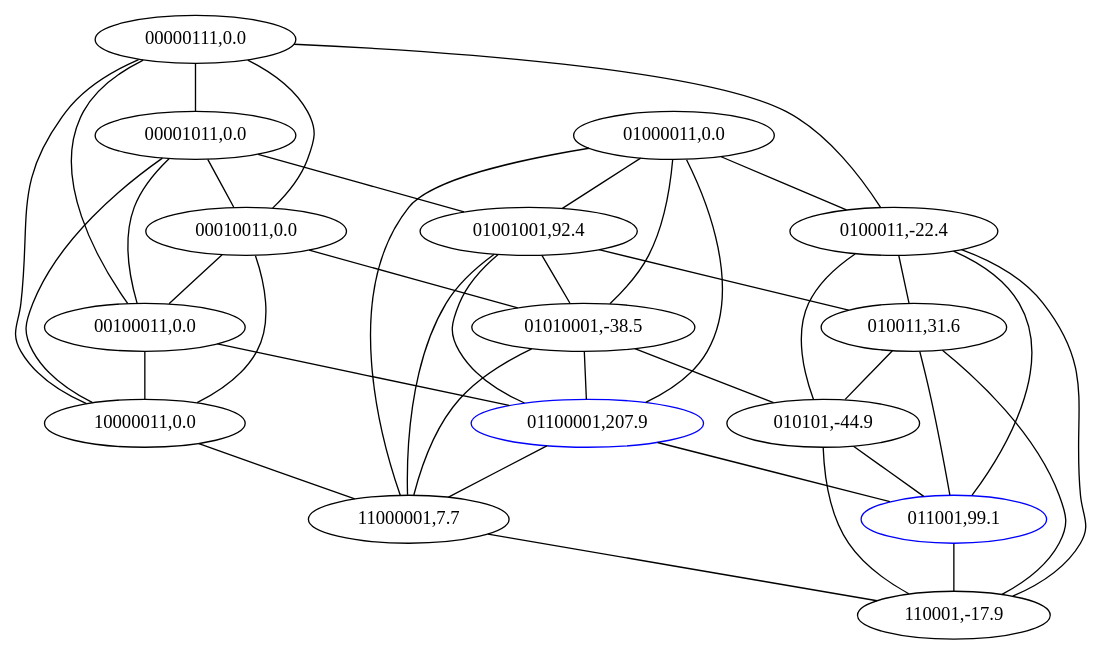
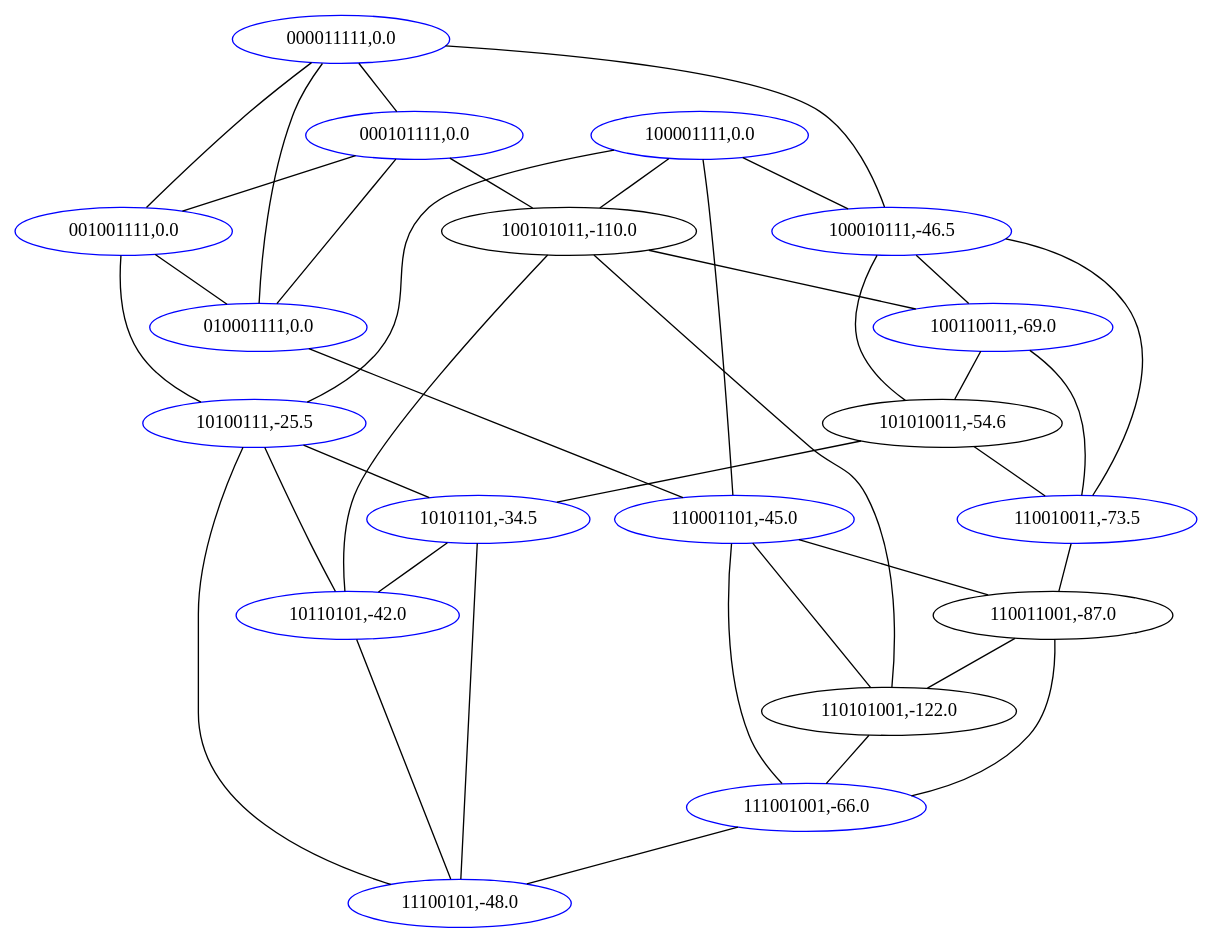
Before and after one commit to Markopolo141/The_Generalized_N-K_Value: the diagram in experiment3/111.dot, drawn with Graphviz. The commit also changed other lines of this file and 9 other files, not shown here.

```diff
--- a/experiment3/111.dot
+++ b/experiment3/111.dot
@@ -1,57 +1,58 @@
 graph graphname {
-	110001 [label="110001,-17.9",];
-	011001 [label="011001,99.1",color=blue];
-	010101 [label="010101,-44.9",];
-	010011 [label="010011,31.6",];
-	0100011 [label="0100011,-22.4",];
-	11000001 [label="11000001,7.7",];
-	01100001 [label="01100001,207.9",color=blue];
-	01010001 [label="01010001,-38.5",];
-	01001001 [label="01001001,92.4",];
-	11000001 -- 110001;
-	01000011 [label="01000011,0.0",];
-	10000011 [label="10000011,0.0",];
-	10000011 -- 11000001;
-	00100011 [label="00100011,0.0",];
-	00010011 [label="00010011,0.0",];
-	00001011 [label="00001011,0.0",];
-	00000111 [label="00000111,0.0",];
-	00000111 -- 10000011;
-	00000111 -- 0100011;
-	00000111 -- 00100011;
-	00000111 -- 00010011;
-	00000111 -- 00001011;
-	00001011 -- 10000011;
-	00001011 -- 01001001;
-	00001011 -- 00100011;
-	00001011 -- 00010011;
-	00010011 -- 10000011;
-	00010011 -- 01010001;
-	00010011 -- 00100011;
-	00100011 -- 10000011;
-	00100011 -- 01100001;
-	01000011 -- 11000001;
-	01000011 -- 01100001;
-	01000011 -- 01010001;
-	01000011 -- 01001001;
-	01000011 -- 0100011;
-	01001001 -- 11000001;
-	01001001 -- 01100001;
-	01001001 -- 01010001;
-	01001001 -- 010011;
-	01010001 -- 11000001;
-	01010001 -- 01100001;
-	01010001 -- 010101;
-	01100001 -- 11000001;
-	01100001 -- 011001;
-	0100011 -- 110001;
-	0100011 -- 011001;
-	0100011 -- 010101;
-	0100011 -- 010011;
-	010011 -- 110001;
-	010011 -- 011001;
-	010011 -- 010101;
-	010101 -- 110001;
-	010101 -- 011001;
-	011001 -- 110001;
+	110011001 [label="110011001,-87.0",];
+	111001001 [label="111001001,-66.0",color=blue];
+	110011001 -- 111001001;
+	110101001 [label="110101001,-122.0",];
+	110011001 -- 110101001;
+	110001101 [label="110001101,-45.0",color=blue];
+	110010011 [label="110010011,-73.5",color=blue];
+	101010011 [label="101010011,-54.6",];
+	100110011 [label="100110011,-69.0",color=blue];
+	110010011 -- 110011001;
+	100010111 [label="100010111,-46.5",color=blue];
+	100010111 -- 110010011;
+	100010111 -- 101010011;
+	100010111 -- 100110011;
+	100001111 [label="100001111,0.0",color=blue];
+	000011111 [label="000011111,0.0",color=blue];
+	000011111 -- 100010111;
+	010001111 [label="010001111,0.0",color=blue];
+	000011111 -- 010001111;
+	001001111 [label="001001111,0.0",color=blue];
+	000011111 -- 001001111;
+	000101111 [label="000101111,0.0",color=blue];
+	000011111 -- 000101111;
+	100101011 [label="100101011,-110.0",];
+	000101111 -- 100101011;
+	000101111 -- 010001111;
+	000101111 -- 001001111;
+	100101011 -- 110101001;
+	10110101 [label="10110101,-42.0",color=blue];
+	100101011 -- 10110101;
+	100101011 -- 100110011;
+	11100101 [label="11100101,-48.0",color=blue];
+	10110101 -- 11100101;
+	10101101 [label="10101101,-34.5",color=blue];
+	10100111 [label="10100111,-25.5",color=blue];
+	10100111 -- 11100101;
+	10100111 -- 10110101;
+	10100111 -- 10101101;
+	10101101 -- 11100101;
+	10101101 -- 10110101;
+	001001111 -- 10100111;
+	001001111 -- 010001111;
+	010001111 -- 110001101;
+	100001111 -- 110001101;
+	100001111 -- 10100111;
+	100001111 -- 100101011;
+	100001111 -- 100010111;
+	100110011 -- 110010011;
+	100110011 -- 101010011;
+	101010011 -- 110010011;
+	101010011 -- 10101101;
+	110001101 -- 111001001;
+	110001101 -- 110101001;
+	110001101 -- 110011001;
+	110101001 -- 111001001;
+	111001001 -- 11100101;
 }
```
